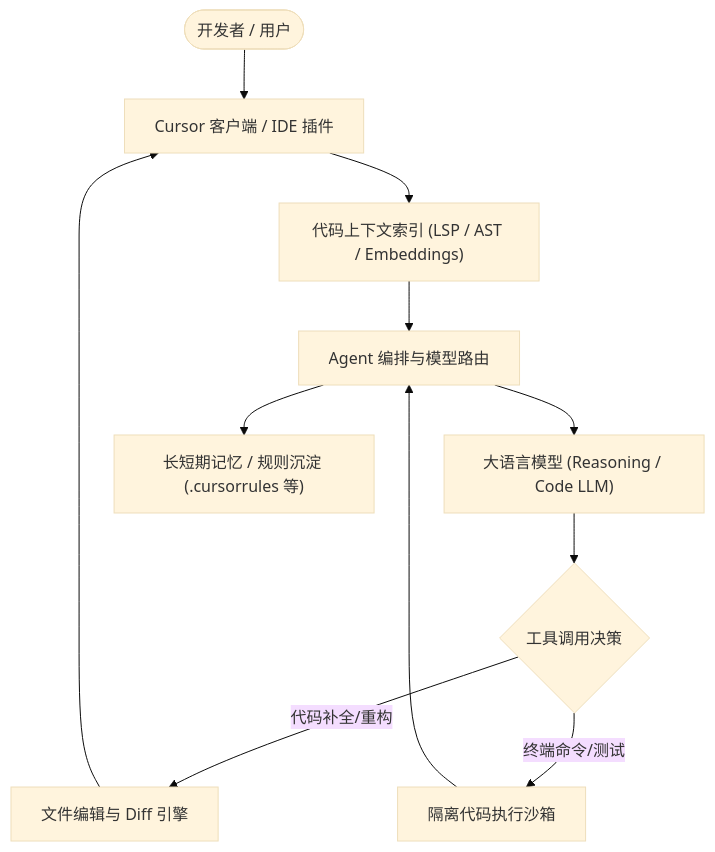
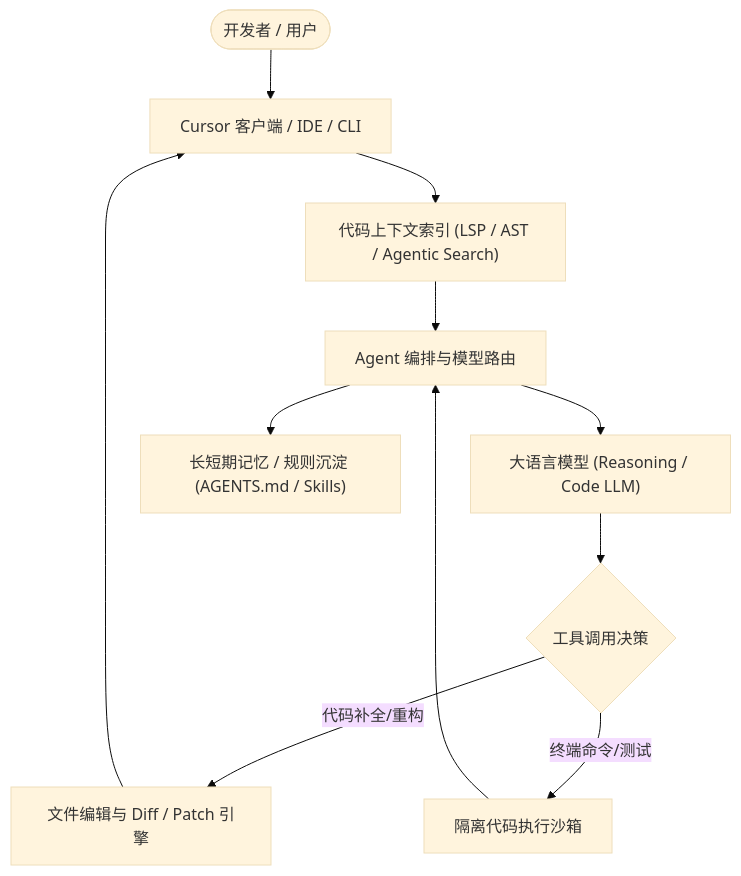
One commit to az1615962561-crypto/ai-harness-analyzer changed the first of 20 diagrams in reports/cursor.md. Above: the diagram before and after it, drawn with Mermaid (base theme). The commit also changed other lines of this file and 28 other files, not shown here.

Commit message:
Add per-section Mermaid diagrams and quantitative data evidence across all report sections & comparison

````diff
--- a/reports/cursor.md
+++ b/reports/cursor.md
@@ -11,13 +11,13 @@
 ```mermaid
 flowchart TD
-    User(["开发者 / 用户"]) --> IDE["Cursor 客户端 / IDE 插件"]
-    IDE --> ContextMgr["代码上下文索引 (LSP / AST / Embeddings)"]
+    User(["开发者 / 用户"]) --> IDE["Cursor 客户端 / IDE / CLI"]
+    IDE --> ContextMgr["代码上下文索引 (LSP / AST / Agentic Search)"]
     ContextMgr --> Orchestrator["Agent 编排与模型路由"]
     Orchestrator --> LLM["大语言模型 (Reasoning / Code LLM)"]
     LLM --> ToolCall{"工具调用决策"}
-    ToolCall -- 代码补全/重构 --> DiffEngine["文件编辑与 Diff 引擎"]
+    ToolCall -- 代码补全/重构 --> DiffEngine["文件编辑与 Diff / Patch 引擎"]
     ToolCall -- 终端命令/测试 --> Sandbox["隔离代码执行沙箱"]
     DiffEngine --> IDE
     Sandbox --> Orchestrator
-    Orchestrator --> Mem["长短期记忆 / 规则沉淀 (.cursorrules 等)"]
+    Orchestrator --> Mem["长短期记忆 / 规则沉淀 (AGENTS.md / Skills)"]
 ```
````
